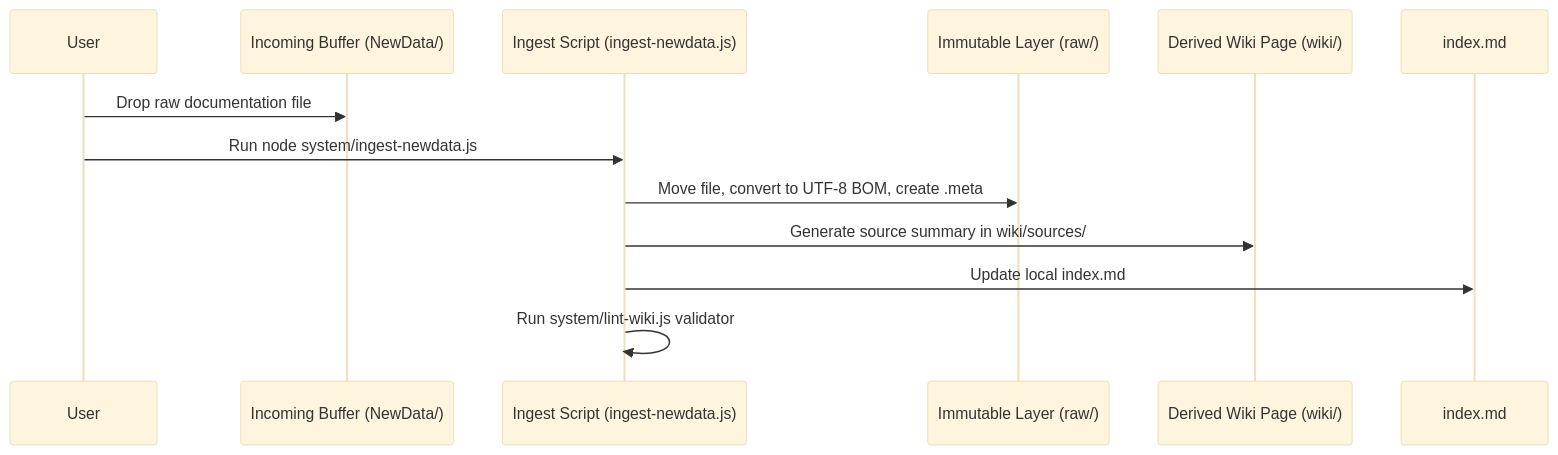
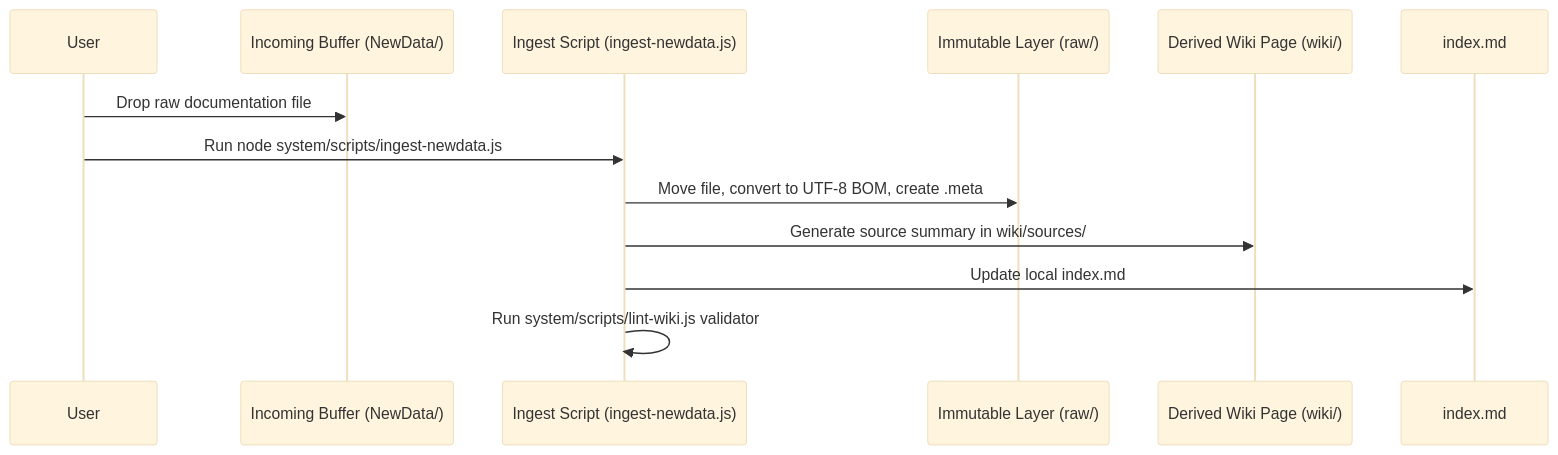
Before and after one commit to gDavASko/DavASkoLLMWiki: the third of 3 diagrams in README.md, drawn with Mermaid (base theme). The commit also changed other lines of this file and 136 other files, not shown here.

````diff
--- a/README.md
+++ b/README.md
@@ -106,16 +182,16 @@
 ```mermaid
 sequenceDiagram
     participant User
     participant NewData as Incoming Buffer (NewData/)
     participant Script as Ingest Script (ingest-newdata.js)
     participant Raw as Immutable Layer (raw/)
     participant Wiki as Derived Wiki Page (wiki/)
     participant Index as index.md
-    
+
     User->>NewData: Drop raw documentation file
-    User->>Script: Run node system/ingest-newdata.js
+    User->>Script: Run node system/scripts/ingest-newdata.js
     Script->>Raw: Move file, convert to UTF-8 BOM, create .meta
     Script->>Wiki: Generate source summary in wiki/sources/
     Script->>Index: Update local index.md
-    Script->>Script: Run system/lint-wiki.js validator
+    Script->>Script: Run system/scripts/lint-wiki.js validator
 ```
````
